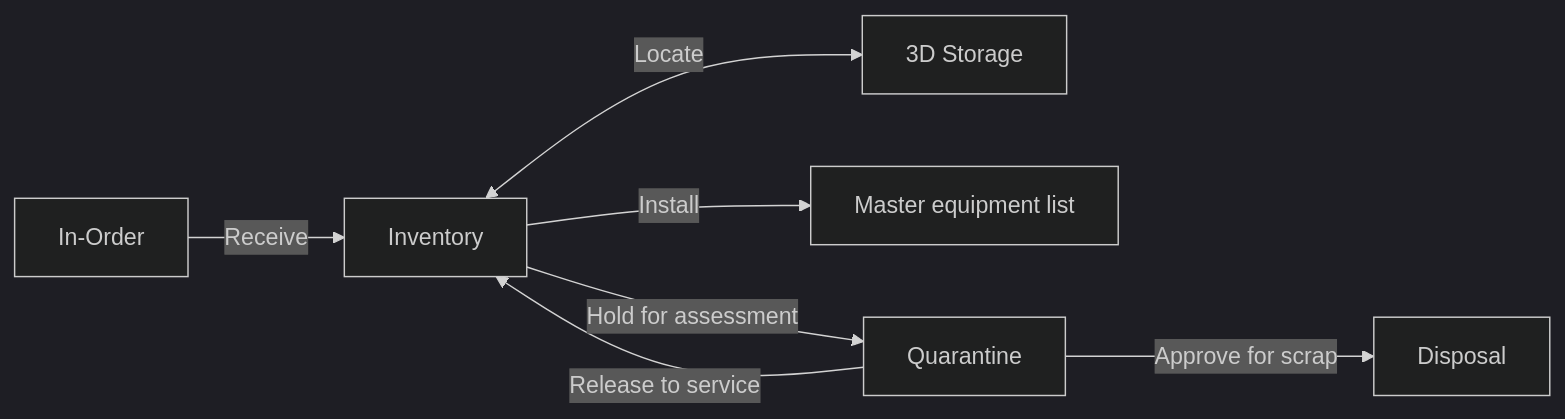
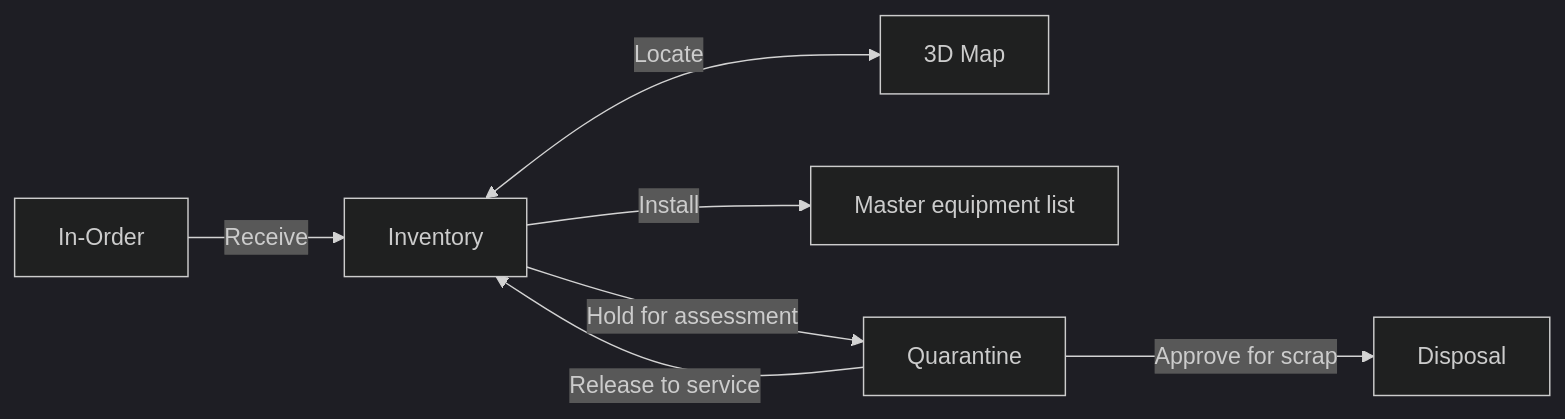
Before and after one commit to elma-iot/ELMA-IoT-MIE: the diagram in README.md, drawn with Mermaid (dark theme). The commit also changed other lines of this file and 44 other files, not shown here.

````diff
--- a/README.md
+++ b/README.md
@@ -27,9 +33,9 @@
 ```mermaid
 flowchart LR
     A["In-Order"] -->|Receive| B["Inventory"]
-    B <-->|Locate| S["3D Storage"]
+    B <-->|Locate| S["3D Map"]
     B -->|Install| C["Master equipment list"]
     B -->|Hold for assessment| Q["Quarantine"]
     Q -->|Release to service| B
     Q -->|Approve for scrap| D["Disposal"]
 ```
````
